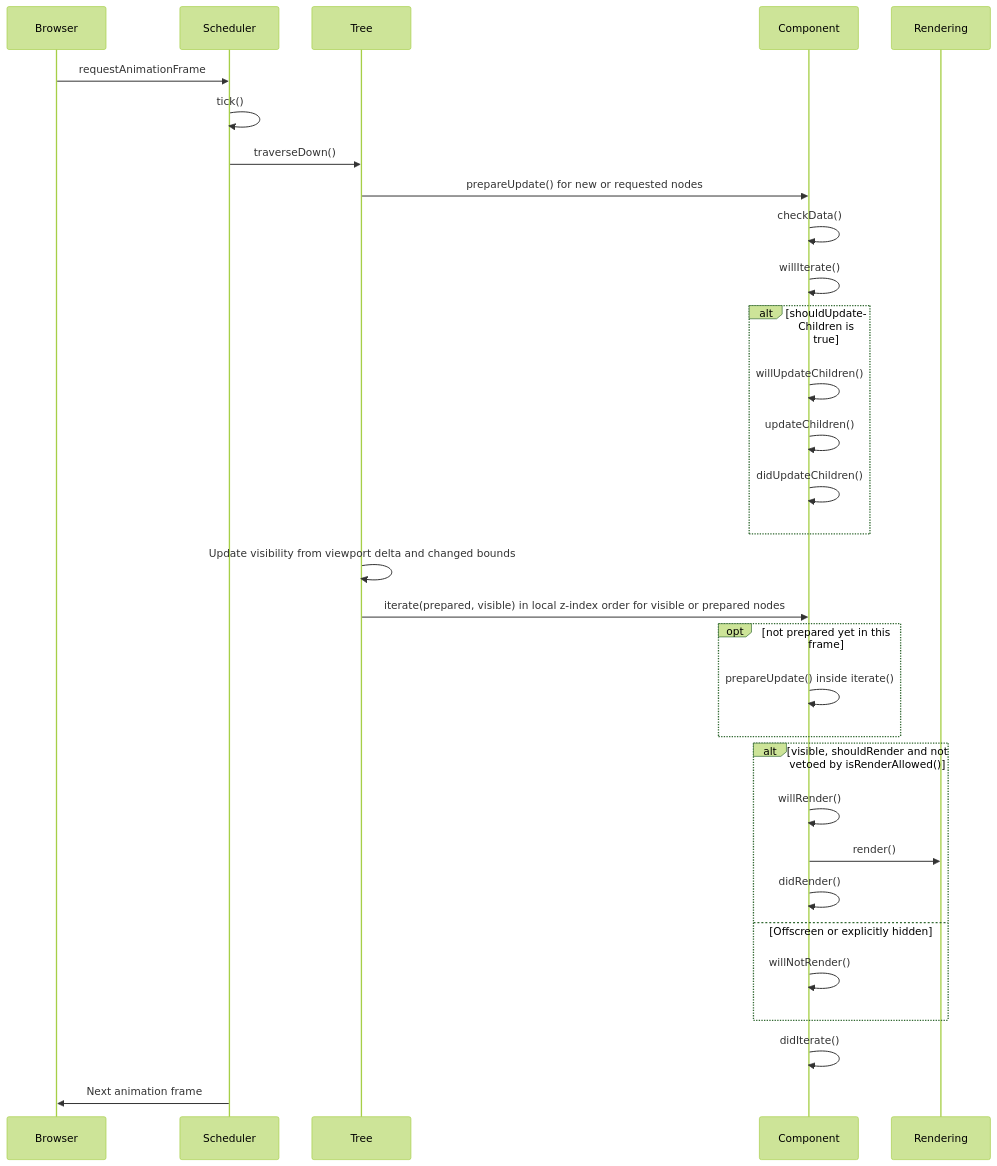
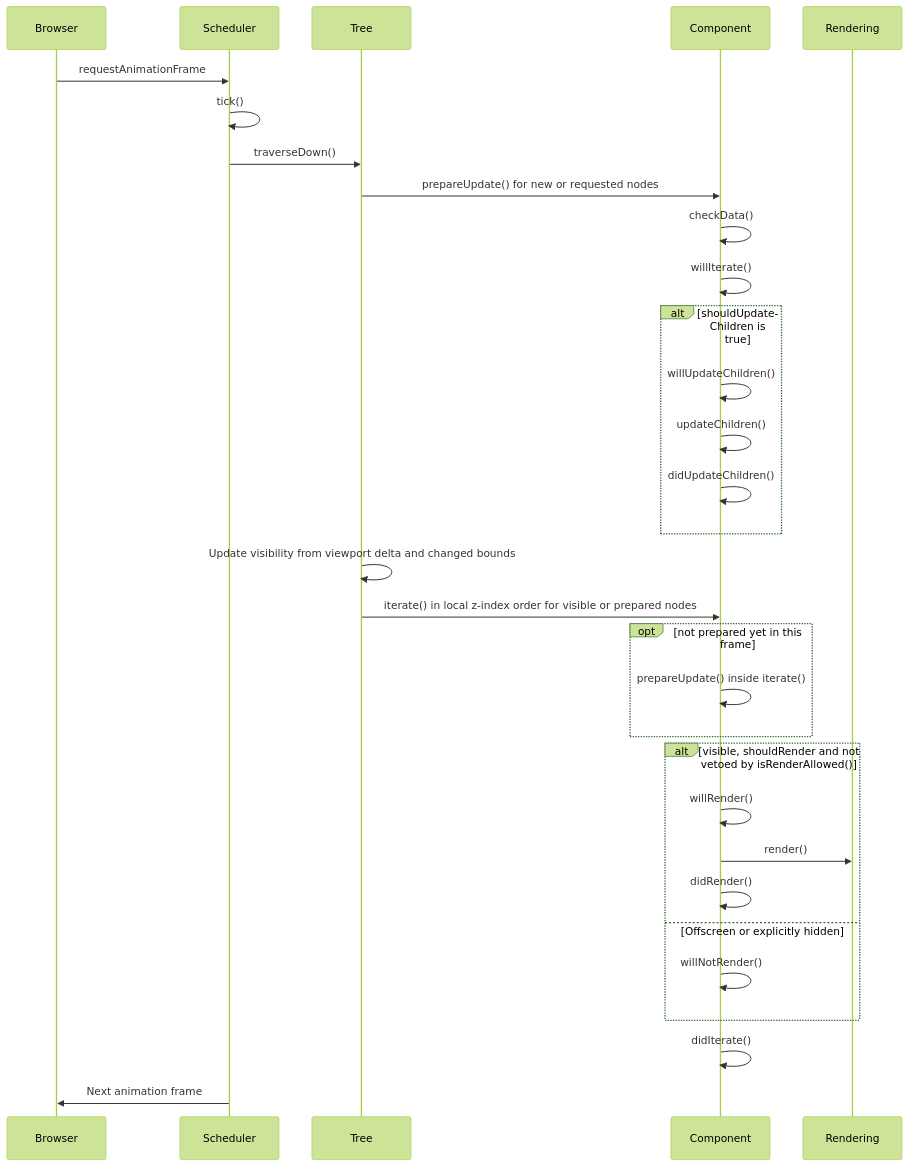
The second of 2 diagrams in packages/graph/docs/system/component-rendering-lifecycle.md (gravity-ui/graph), drawn with Mermaid (forest theme) before and after one commit. The commit also changed other lines of this file and 23 other files, not shown here.

First line of the commit message:
refactor(graph): pass the tree's frame decision on the node, iterate() takes no arguments

````diff
--- a/packages/graph/docs/system/component-rendering-lifecycle.md
+++ b/packages/graph/docs/system/component-rendering-lifecycle.md
@@ -25,37 +25,37 @@
 ```mermaid
 sequenceDiagram
     participant Browser
     participant Scheduler
     participant Tree
     participant Component
     participant Rendering
     
     Browser->>Scheduler: requestAnimationFrame
     Scheduler->>Scheduler: tick()
     Scheduler->>Tree: traverseDown()
     Tree->>Component: prepareUpdate() for new or requested nodes
     Component->>Component: checkData()
     Component->>Component: willIterate()
     
     alt shouldUpdateChildren is true
         Component->>Component: willUpdateChildren()
         Component->>Component: updateChildren()
         Component->>Component: didUpdateChildren()
     end
 
     Tree->>Tree: Update visibility from viewport delta and changed bounds
-    Tree->>Component: iterate(prepared, visible) in local z-index order for visible or prepared nodes
+    Tree->>Component: iterate() in local z-index order for visible or prepared nodes
     opt not prepared yet in this frame
         Component->>Component: prepareUpdate() inside iterate()
     end
     alt visible, shouldRender and not vetoed by isRenderAllowed()
         Component->>Component: willRender()
         Component->>Rendering: render()
         Component->>Component: didRender()
     else Offscreen or explicitly hidden
         Component->>Component: willNotRender()
     end
     
     Component->>Component: didIterate()
     Scheduler->>Browser: Next animation frame
 ```
````
